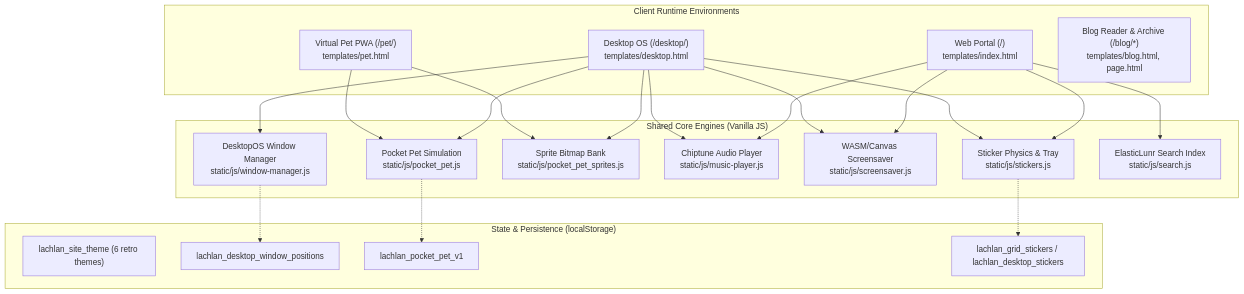
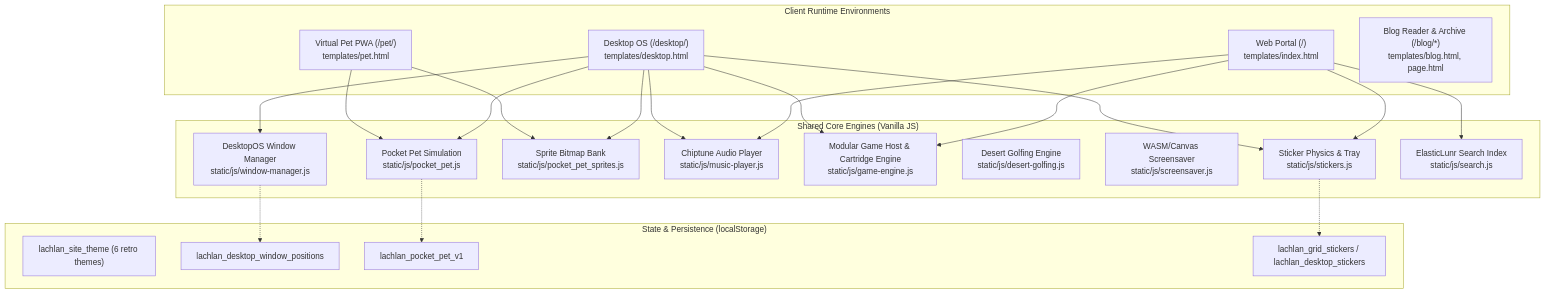
The first of 2 diagrams in ARCHITECTURE.md (spatoa/website), drawn with Mermaid before and after one commit. The commit also changed other lines of this file and 11 other files, not shown here.

Commit message:
Added desert golf style minigame

````diff
--- a/ARCHITECTURE.md
+++ b/ARCHITECTURE.md
@@ -16,45 +16,47 @@
 ```mermaid
 graph TD
     subgraph Client_Environments["Client Runtime Environments"]
         Portal["Web Portal (/)\ntemplates/index.html"]
         Desktop["Desktop OS (/desktop/)\ntemplates/desktop.html"]
         PetApp["Virtual Pet PWA (/pet/)\ntemplates/pet.html"]
         BlogContent["Blog Reader & Archive (/blog/*)\ntemplates/blog.html, page.html"]
     end
 
     subgraph Core_Engines["Shared Core Engines (Vanilla JS)"]
         WM["DesktopOS Window Manager\nstatic/js/window-manager.js"]
         PetCore["Pocket Pet Simulation\nstatic/js/pocket_pet.js"]
         PetSprites["Sprite Bitmap Bank\nstatic/js/pocket_pet_sprites.js"]
         Audio["Chiptune Audio Player\nstatic/js/music-player.js"]
-        Canvas["WASM/Canvas Screensaver\nstatic/js/screensaver.js"]
+        Canvas["Modular Game Host & Cartridge Engine\nstatic/js/game-engine.js"]
+        Golf["Desert Golfing Engine\nstatic/js/desert-golfing.js"]
+        Screensaver["WASM/Canvas Screensaver\nstatic/js/screensaver.js"]
         Stickers["Sticker Physics & Tray\nstatic/js/stickers.js"]
         Search["ElasticLunr Search Index\nstatic/js/search.js"]
     end
 
     subgraph State_Contracts["State & Persistence (localStorage)"]
         SiteTheme["lachlan_site_theme (6 retro themes)"]
         WindowPositions["lachlan_desktop_window_positions"]
         PetState["lachlan_pocket_pet_v1"]
         StickerState["lachlan_grid_stickers / lachlan_desktop_stickers"]
     end
 
     Portal --> Audio
     Portal --> Canvas
     Portal --> Stickers
     Portal --> Search
 
     Desktop --> WM
     Desktop --> PetSprites
     Desktop --> PetCore
     Desktop --> Audio
     Desktop --> Canvas
     Desktop --> Stickers
 
     PetApp --> PetSprites
     PetApp --> PetCore
 
     WM -.-> WindowPositions
     PetCore -.-> PetState
     Stickers -.-> StickerState
 ```
````
